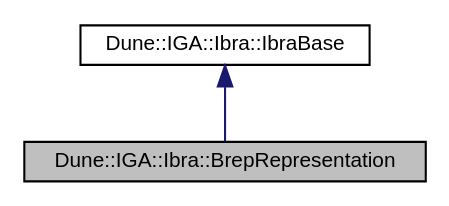
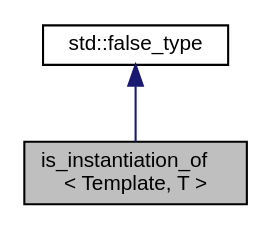
One commit to rath3t/dune-iga-doc changed the diagram in d7/dd6/a01167.dot. Above: the diagram before and after it, drawn with Graphviz. The commit also changed 602 other files, not shown here.

Commit message:
deploy: rath3t/dune-iga@3f461609d07011847b1941b60779c1555a309028

```diff
--- a/d7/dd6/a01167.dot
+++ b/d7/dd6/a01167.dot
@@ -1,9 +1,9 @@
-digraph "Dune::IGA::Ibra::BrepRepresentation"
+digraph "is_instantiation_of&lt; Template, T &gt;"
 {
  // LATEX_PDF_SIZE
   edge [fontname="Helvetica",fontsize="10",labelfontname="Helvetica",labelfontsize="10"];
   node [fontname="Helvetica",fontsize="10",shape=record];
-  Node1 [label="Dune::IGA::Ibra::BrepRepresentation",height=0.2,width=0.4,color="black", fillcolor="grey75", style="filled", fontcolor="black",tooltip=" "];
+  Node1 [label="is_instantiation_of\l\< Template, T \>",height=0.2,width=0.4,color="black", fillcolor="grey75", style="filled", fontcolor="black",tooltip=" "];
   Node2 -> Node1 [dir="back",color="midnightblue",fontsize="10",style="solid",fontname="Helvetica"];
-  Node2 [label="Dune::IGA::Ibra::IbraBase",height=0.2,width=0.4,color="black", fillcolor="white", style="filled",URL="$db/d51/a01144.html",tooltip=" "];
+  Node2 [label="std::false_type",height=0.2,width=0.4,color="black", fillcolor="white", style="filled",tooltip=" "];
 }
```
